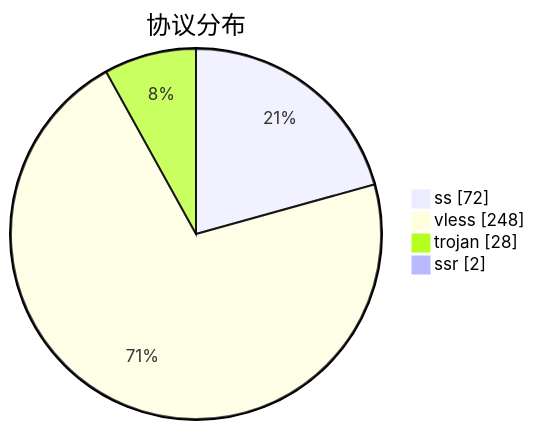
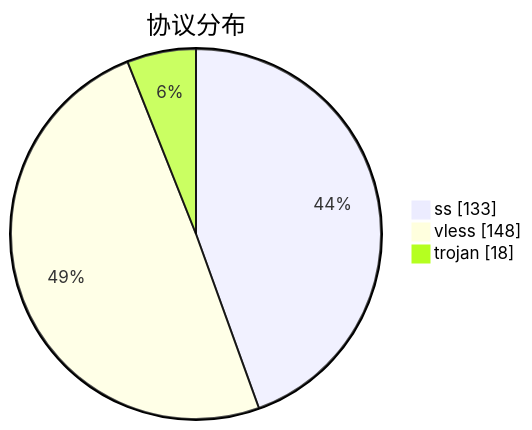
Before and after one commit to qjlxg/airport: the third of 3 diagrams in subs/statistics/tested_within.md, drawn with Mermaid. The commit also changed other lines of this file and 2 other files, not shown here.

````diff
--- a/subs/statistics/tested_within.md
+++ b/subs/statistics/tested_within.md
@@ -20,8 +17,7 @@
 ```mermaid
 pie showData
 title 协议分布
-"ss" : 72
-"vless" : 248
-"trojan" : 28
-"ssr" : 2
+"ss" : 133
+"vless" : 148
+"trojan" : 18
 ```
````
